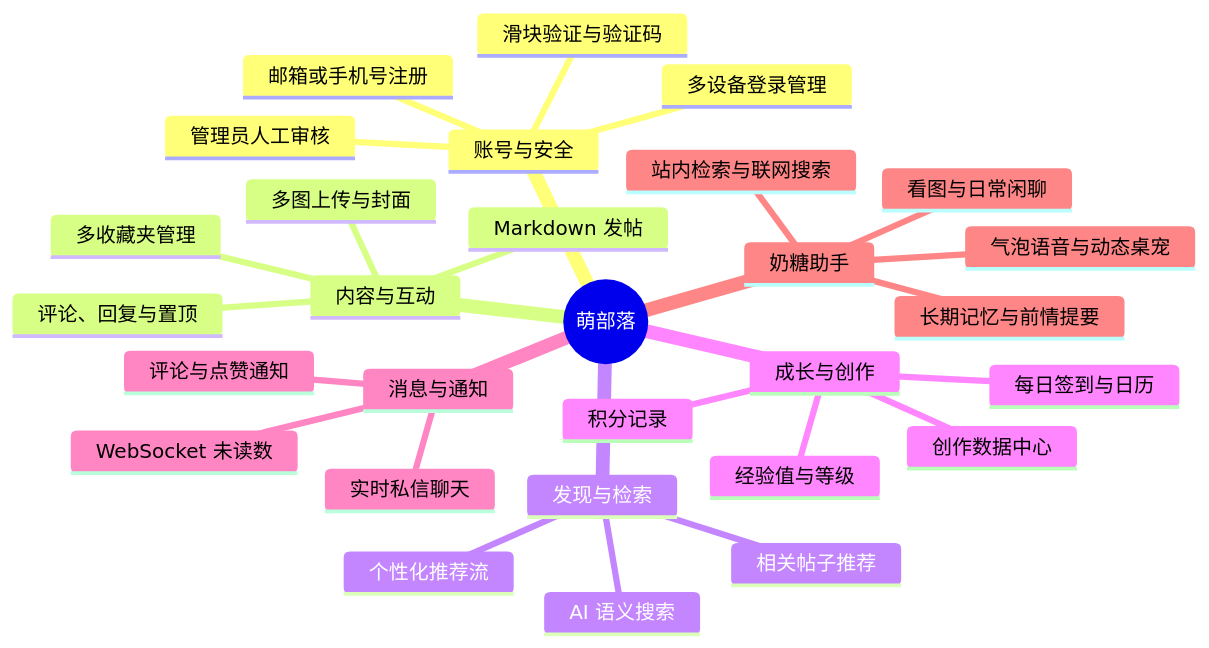
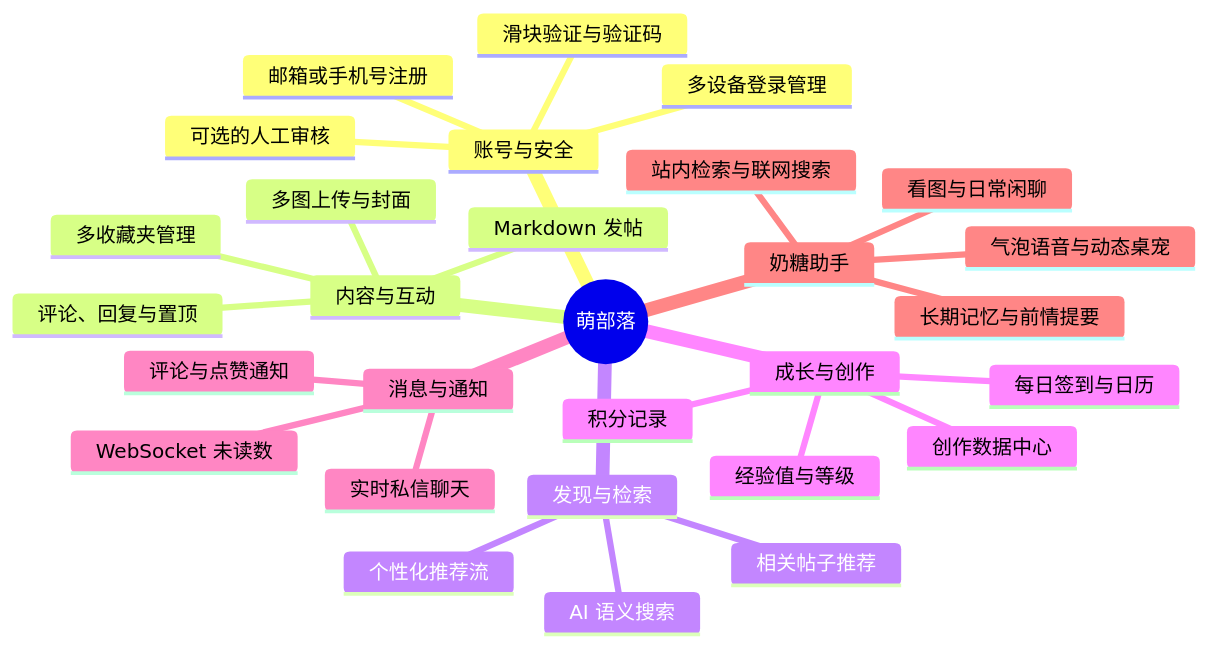
One commit to pluchon/meng_center changed the first of 14 diagrams in README.md. Above: the diagram before and after it, drawn with Mermaid. The commit also changed other lines of this file and 23 other files, not shown here.

````diff
--- a/README.md
+++ b/README.md
@@ -17,32 +17,32 @@
 ```mermaid
 mindmap
   root((萌部落))
     账号与安全
       邮箱或手机号注册
       滑块验证与验证码
-      管理员人工审核
+      可选的人工审核
       多设备登录管理
     内容与互动
       Markdown 发帖
       多图上传与封面
       评论、回复与置顶
       多收藏夹管理
     发现与检索
       个性化推荐流
       AI 语义搜索
       相关帖子推荐
     成长与创作
       每日签到与日历
       经验值与等级
       积分记录
       创作数据中心
     消息与通知
       实时私信聊天
       评论与点赞通知
       WebSocket 未读数
     奶糖助手
       看图与日常闲聊
       站内检索与联网搜索
       长期记忆与前情提要
       气泡语音与动态桌宠
 ```
````
